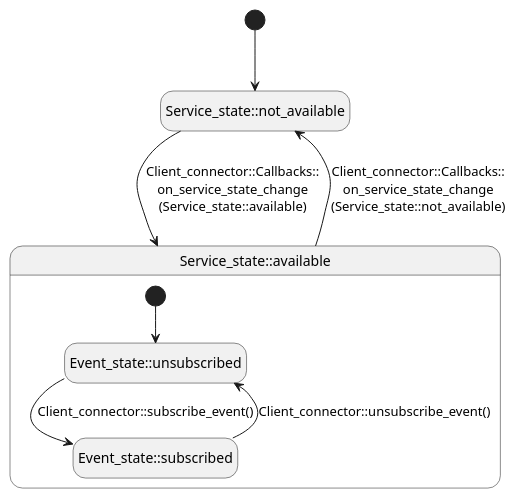
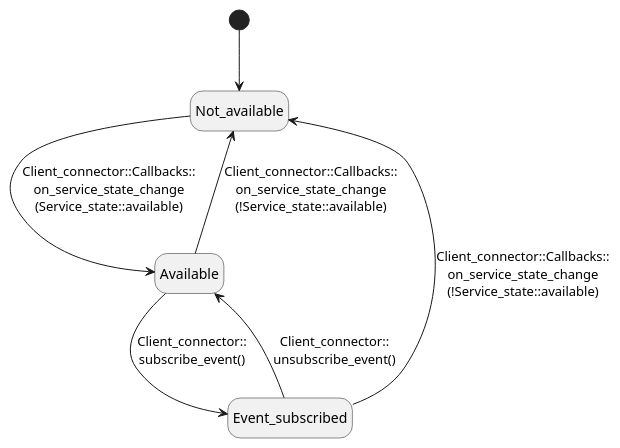
One commit to eclipse-score/inc_someip_gateway changed the diagram in score/socom/docs/design/models/state_diagram_event_subscription_state.puml. Above: the diagram before and after it, drawn with PlantUML. The commit also changed 5 other files, not shown here.

Commit message:
docs(socom): revert non-factual design doc and diagram changes

```diff
--- a/score/socom/docs/design/models/state_diagram_event_subscription_state.puml
+++ b/score/socom/docs/design/models/state_diagram_event_subscription_state.puml
@@ -14,18 +14,17 @@
 @startuml
 hide empty description
 
-state "Service_state::not_available" as Not_available
-state "Service_state::available" as Available {
-    state "Event_state::unsubscribed" as unsubscribed
-    state "Event_state::subscribed" as subscribed
-
-    [*] --> unsubscribed
-    unsubscribed --> subscribed : Client_connector::subscribe_event()
-    subscribed --> unsubscribed : Client_connector::unsubscribe_event()
-}
+state Not_available
+state Available
+state Event_subscribed
 
 [*] --> Not_available
-Not_available --> Available : Client_connector::Callbacks::\non_service_state_change\n(Service_state::available)
-Available --> Not_available : Client_connector::Callbacks::\non_service_state_change\n(Service_state::not_available)
+Not_available --> Available: Client_connector::Callbacks::\non_service_state_change\n(Service_state::available)
+
+Available --> Not_available: Client_connector::Callbacks::\non_service_state_change\n(!Service_state::available)
+Available --> Event_subscribed: Client_connector::\nsubscribe_event()
+
+Event_subscribed --> Available: Client_connector::\nunsubscribe_event()
+Event_subscribed --> Not_available: Client_connector::Callbacks::\non_service_state_change\n(!Service_state::available)
 
 @enduml
```
